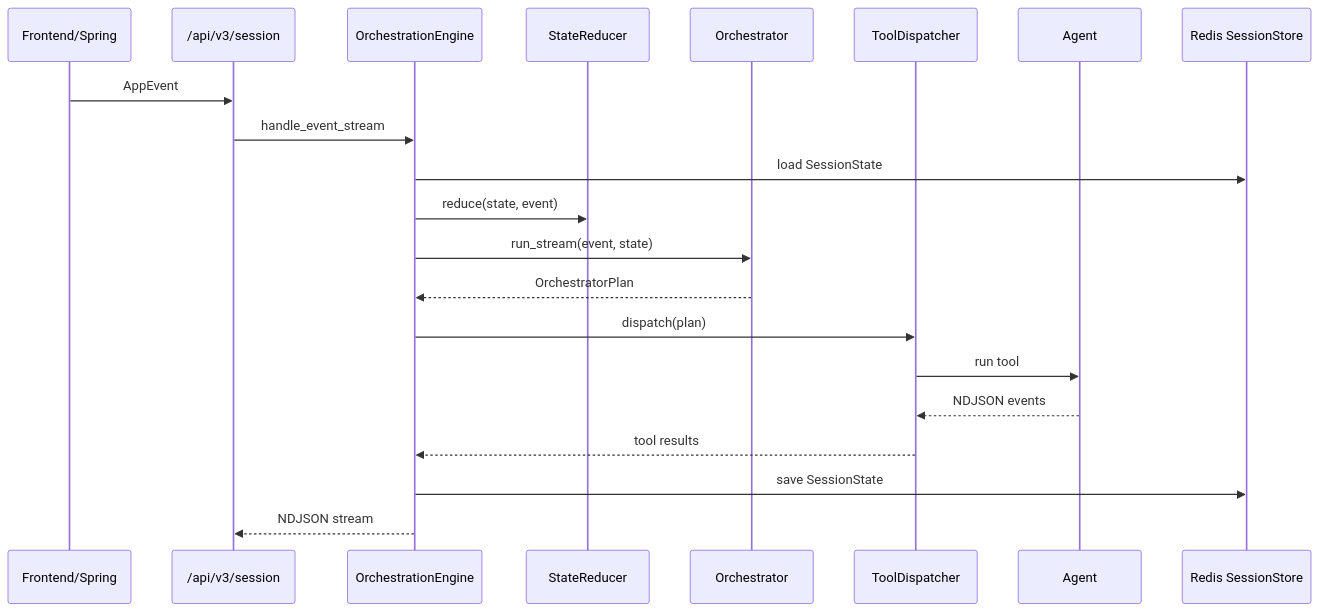
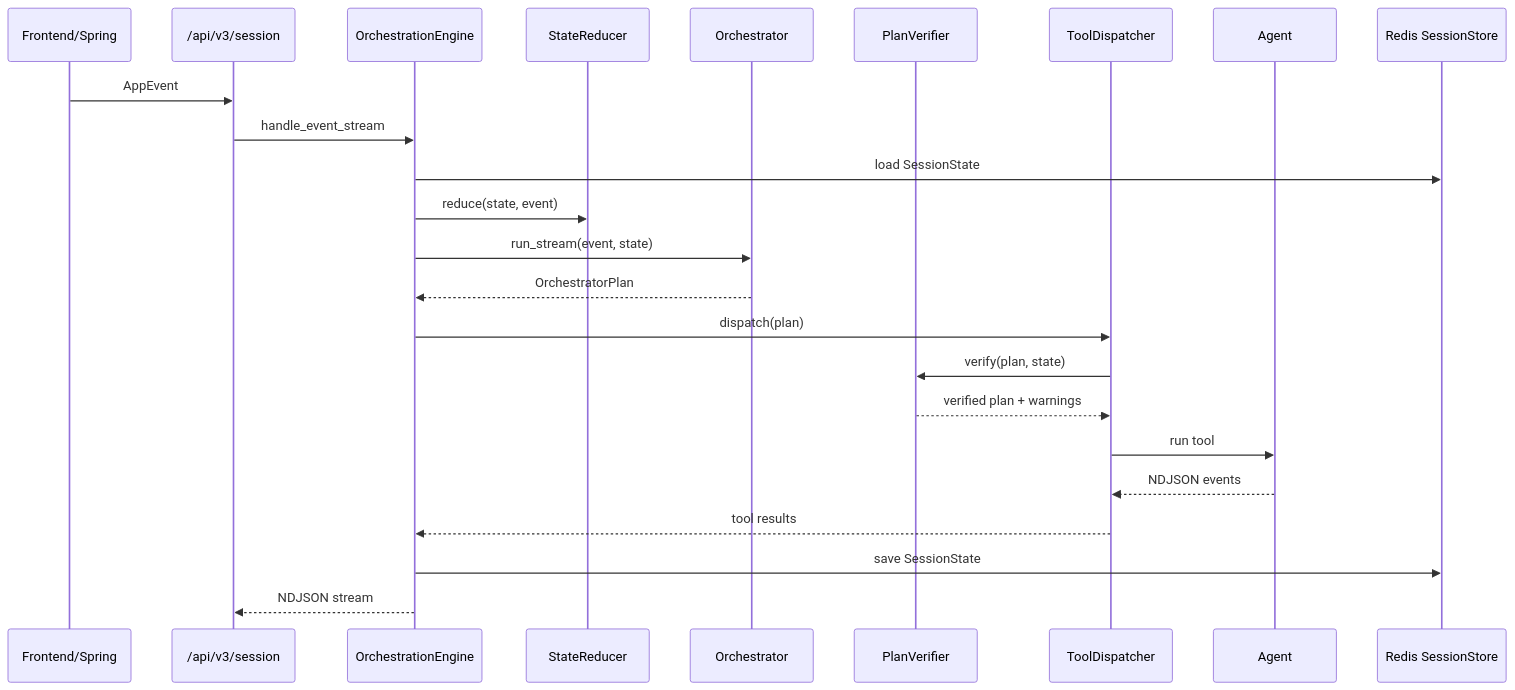
Before and after one commit to uou-capstone/UOU_Capstone_Design_BE: the second of 2 diagrams in ai-service/docs/AI_SERVICE_ARCHITECTURE.md, drawn with Mermaid. The commit also changed other lines of this file and 25 other files, not shown here.

````diff
--- a/ai-service/docs/AI_SERVICE_ARCHITECTURE.md
+++ b/ai-service/docs/AI_SERVICE_ARCHITECTURE.md
@@ -127,24 +130,27 @@
 ```mermaid
 sequenceDiagram
     participant FE as Frontend/Spring
     participant API as /api/v3/session
     participant Engine as OrchestrationEngine
     participant Reducer as StateReducer
     participant Planner as Orchestrator
+    participant Verifier as PlanVerifier
     participant Dispatcher as ToolDispatcher
     participant Agent as Agent
     participant Store as Redis SessionStore
 
     FE->>API: AppEvent
     API->>Engine: handle_event_stream
     Engine->>Store: load SessionState
     Engine->>Reducer: reduce(state, event)
     Engine->>Planner: run_stream(event, state)
     Planner-->>Engine: OrchestratorPlan
     Engine->>Dispatcher: dispatch(plan)
+    Dispatcher->>Verifier: verify(plan, state)
+    Verifier-->>Dispatcher: verified plan + warnings
     Dispatcher->>Agent: run tool
     Agent-->>Dispatcher: NDJSON events
     Dispatcher-->>Engine: tool results
     Engine->>Store: save SessionState
     Engine-->>API: NDJSON stream
 ```
````
